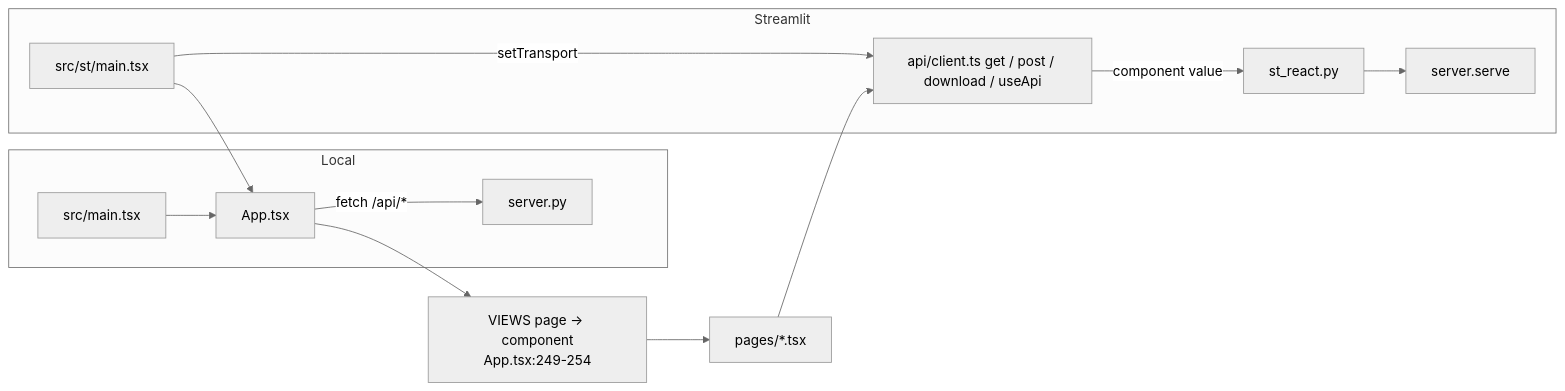
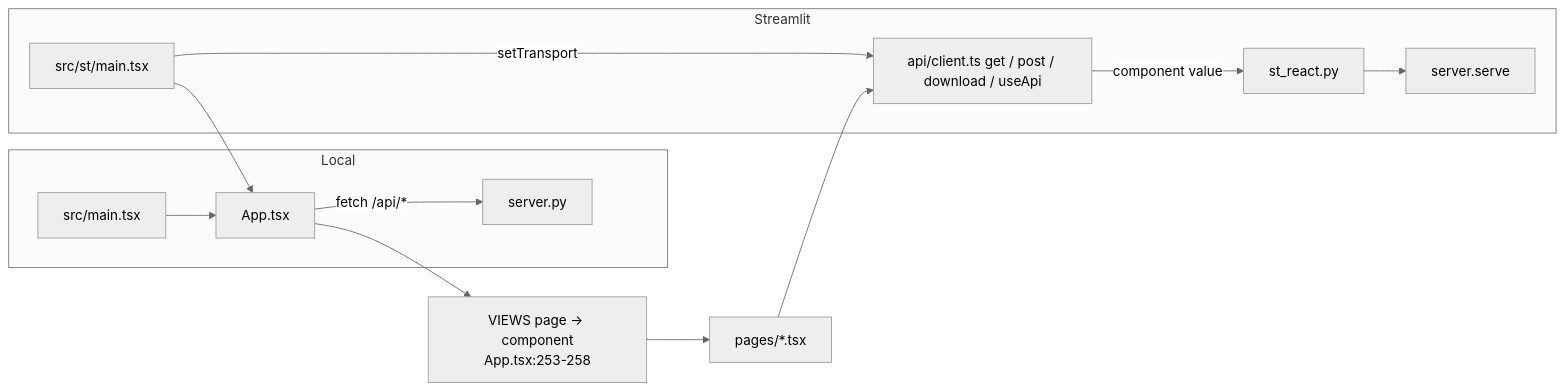
The diagram in snowflake-access-explorer-knowledge-graph/modules/web.md (darshanmeel/snowflake-access-explorer), drawn with Mermaid (neutral theme) before and after one commit. The commit also changed other lines of this file and 62 other files, not shown here.

First line of the commit message:
Docs and knowledge graph for the SQL panel; section SQL leaves the app's own queries out like the tab

````diff
--- a/snowflake-access-explorer-knowledge-graph/modules/web.md
+++ b/snowflake-access-explorer-knowledge-graph/modules/web.md
@@ -6,14 +6,14 @@
 ```mermaid
 flowchart LR
   subgraph Local
     M[src/main.tsx] --> APP
     APP -->|fetch /api/*| SRV[server.py]
   end
   subgraph Streamlit
     SM[src/st/main.tsx] -->|setTransport| CL
     SM --> APP
     CL -->|component value| STR[st_react.py] --> SRV2[server.serve]
   end
-  APP[App.tsx] --> V[VIEWS page -> component<br/>App.tsx:249-254]
+  APP[App.tsx] --> V[VIEWS page -> component<br/>App.tsx:253-258]
   V --> P[pages/*.tsx] --> CL[api/client.ts get / post / download / useApi]
 ```
````
